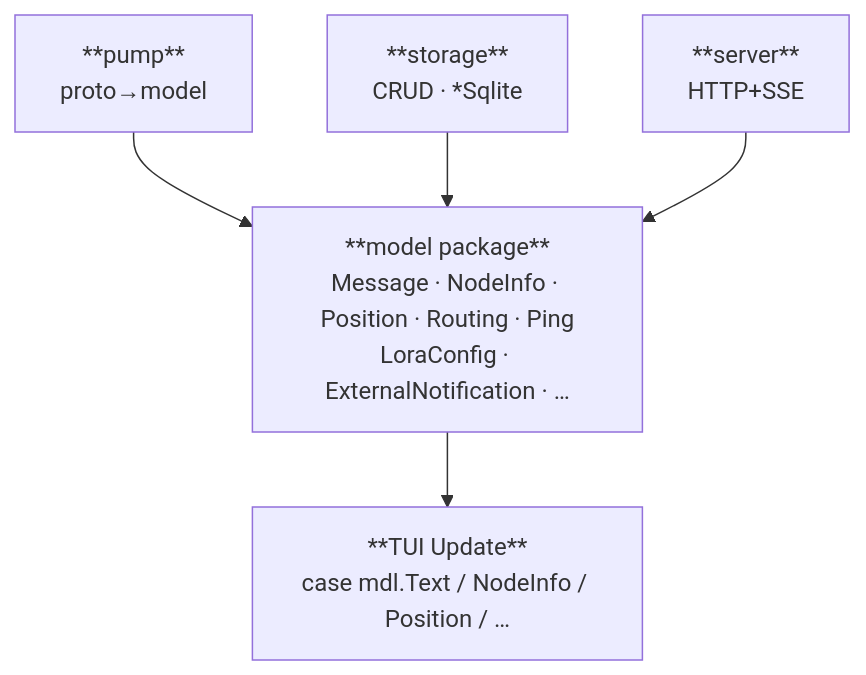
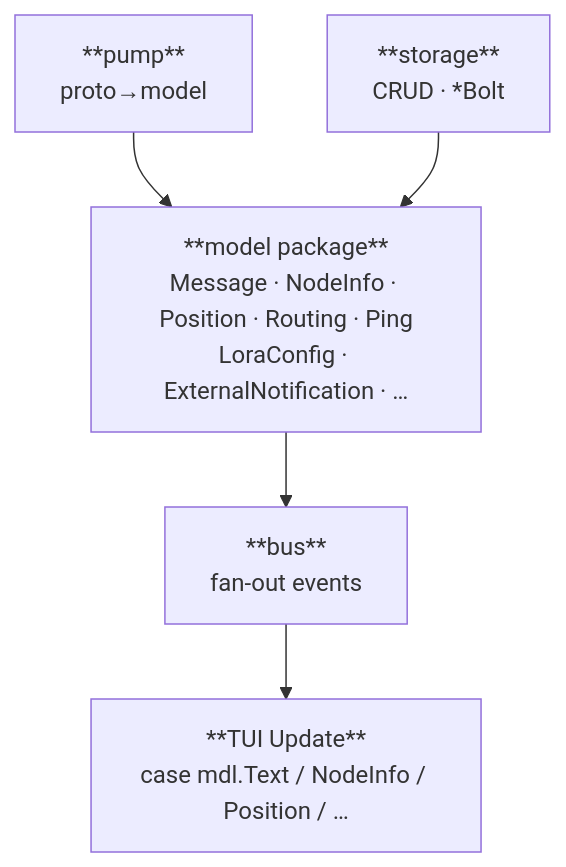
The first of 2 diagrams in docs/development.md (retr0h/meshx), drawn with Mermaid before and after one commit. The commit also changed other lines of this file and 193 other files, not shown here.

````diff
--- a/docs/development.md
+++ b/docs/development.md
@@ -105,12 +109,12 @@
 ```mermaid
 flowchart TB
   M["**model package**<br/>Message · NodeInfo · Position · Routing · Ping<br/>LoraConfig · ExternalNotification · …"]
   P["**pump**<br/>proto→model"]
-  S["**storage**<br/>CRUD · *Sqlite"]
-  H["**server**<br/>HTTP+SSE"]
+  S["**storage**<br/>CRUD · *Bolt"]
+  B["**bus**<br/>fan-out events"]
   T["**TUI Update**<br/>case mdl.Text / NodeInfo / Position / …"]
   P --> M
   S --> M
-  H --> M
-  M --> T
+  M --> B
+  B --> T
 ```
````
